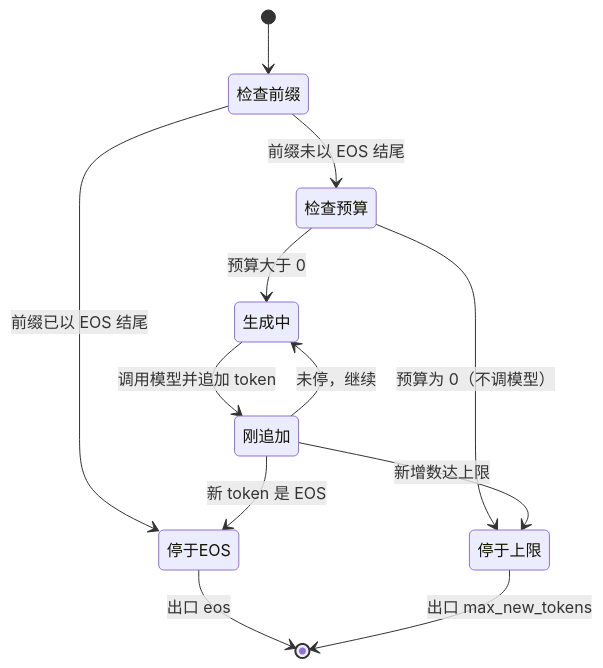
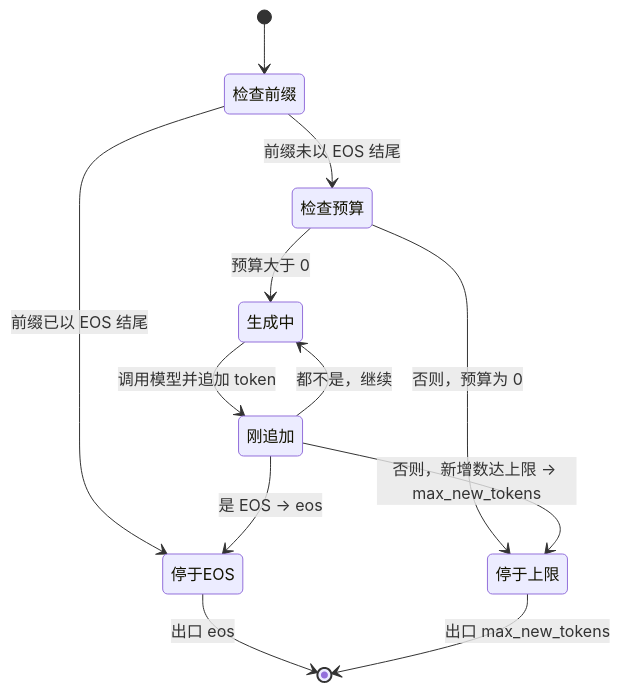
The fifth of 5 diagrams in chapters/07_encoder_decoder.md (cluster1900/zero2llm), drawn with Mermaid before and after one commit. The commit also changed 8 other files, not shown here.

````diff
--- a/chapters/07_encoder_decoder.md
+++ b/chapters/07_encoder_decoder.md
@@ -214,17 +214,17 @@
 ```mermaid
 stateDiagram-v2
     %% id: ch07-generation-stop
     accTitle: 生成停止：先查前缀 EOS，零预算与新增上限都返回 max_new_tokens
-    accDescr: 前缀已以 EOS 结尾则按 eos 返回且不调模型；否则预算为 0 按 max_new_tokens 返回且不调模型；生成中每步追加一个 token，先查 EOS，再查是否达新增上限。
+    accDescr: 前缀已以 EOS 结尾则按 eos 返回且不调模型；否则预算为 0 按 max_new_tokens 返回且不调模型；生成中每步追加一个 token 后，先查 EOS，再查是否达新增上限（EOS 优先于上限）。
     [*] --> 检查前缀
     检查前缀 --> 停于EOS: 前缀已以 EOS 结尾
     检查前缀 --> 检查预算: 前缀未以 EOS 结尾
-    检查预算 --> 停于上限: 预算为 0（不调模型）
+    检查预算 --> 停于上限: 否则，预算为 0
     检查预算 --> 生成中: 预算大于 0
     生成中 --> 刚追加: 调用模型并追加 token
-    刚追加 --> 停于EOS: 新 token 是 EOS
-    刚追加 --> 停于上限: 新增数达上限
-    刚追加 --> 生成中: 未停，继续
+    刚追加 --> 停于EOS: 是 EOS → eos
+    刚追加 --> 停于上限: 否则，新增数达上限 → max_new_tokens
+    刚追加 --> 生成中: 都不是，继续
     停于EOS --> [*]: 出口 eos
     停于上限 --> [*]: 出口 max_new_tokens
 ```
````
